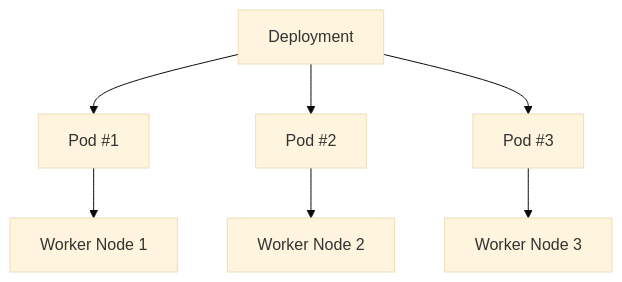
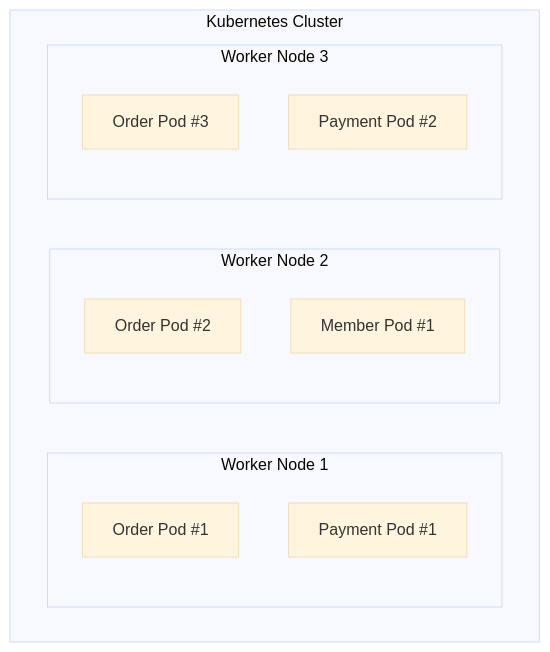
Before and after one commit to jw3418/jw3418.github.io: the first of 11 diagrams in _posts/2026-08-24-kubernetes-scalability.md, drawn with Mermaid (base theme). The commit also changed other lines of this file, not shown here.

First line of the commit message:
Revise Kubernetes scalability article for clarity

````diff
--- a/_posts/2026-08-24-kubernetes-scalability.md
+++ b/_posts/2026-08-24-kubernetes-scalability.md
@@ -50,12 +40,21 @@
-```mermaid id="jnna25"
+```mermaid
 flowchart TB
-    D["Deployment"]
+    subgraph Cluster["Kubernetes Cluster"]
 
-    D --> P1["Pod #1"]
-    D --> P2["Pod #2"]
-    D --> P3["Pod #3"]
+        subgraph N1["Worker Node 1"]
+            O1["Order Pod #1"]
+            P1["Payment Pod #1"]
+        end
 
-    P1 --> N1["Worker Node 1"]
-    P2 --> N2["Worker Node 2"]
-    P3 --> N3["Worker Node 3"]
+        subgraph N2["Worker Node 2"]
+            O2["Order Pod #2"]
+            M1["Member Pod #1"]
+        end
+
+        subgraph N3["Worker Node 3"]
+            O3["Order Pod #3"]
+            P2["Payment Pod #2"]
+        end
+
+    end
 ```
````
